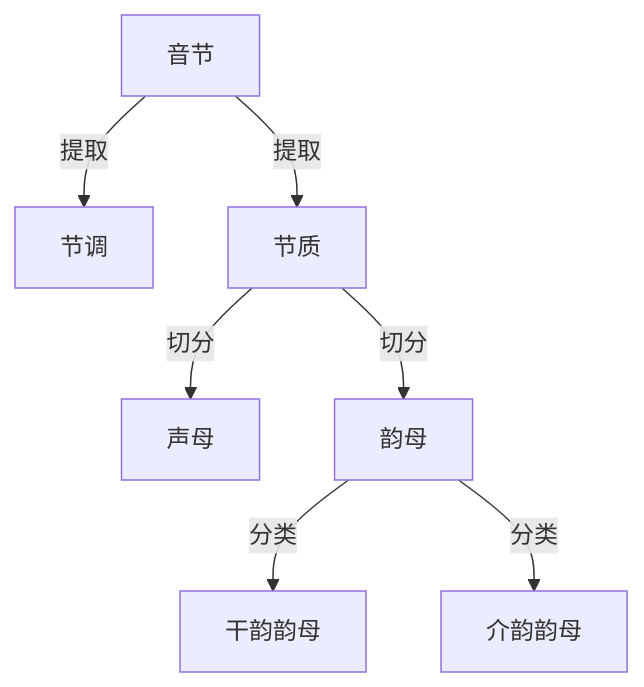
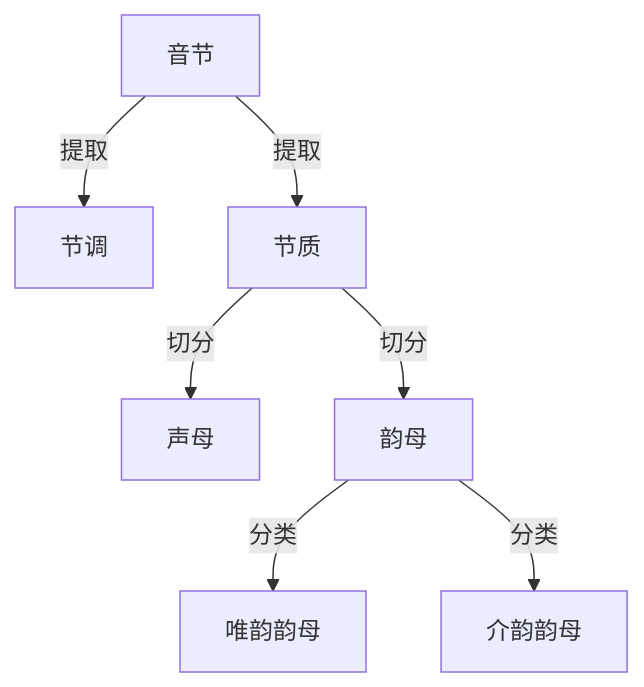
One commit to tsaanghwang/Yime-prototype changed the diagram in YIME_Theory/flowchart/二式一调二质分析.mmd. Above: the diagram before and after it, drawn with Mermaid. The commit also changed 49 other files, not shown here.

```diff
--- a/YIME_Theory/flowchart/二式一调二质分析.mmd
+++ b/YIME_Theory/flowchart/二式一调二质分析.mmd
@@ -1,7 +1,7 @@
 graph TB
     A[音节] --> |提取|B[节调]
     A --> |提取|C[节质]
     C --> |切分|D[声母]
     C --> |切分|E[韵母]
-    E --> |分类|F[干韵韵母]
+    E --> |分类|F[唯韵韵母]
     E --> |分类|G[介韵韵母]
```
